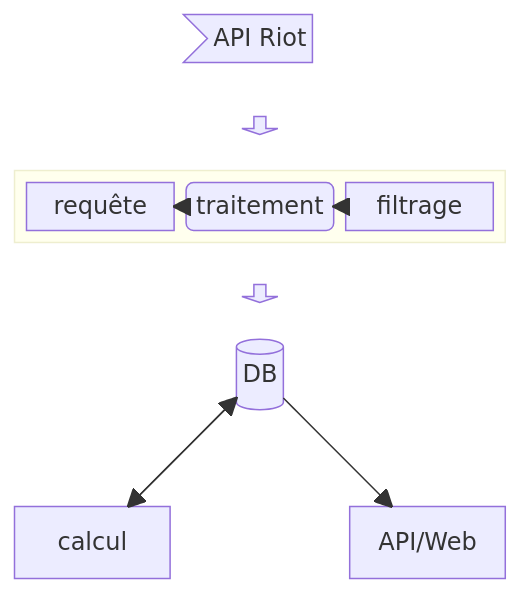
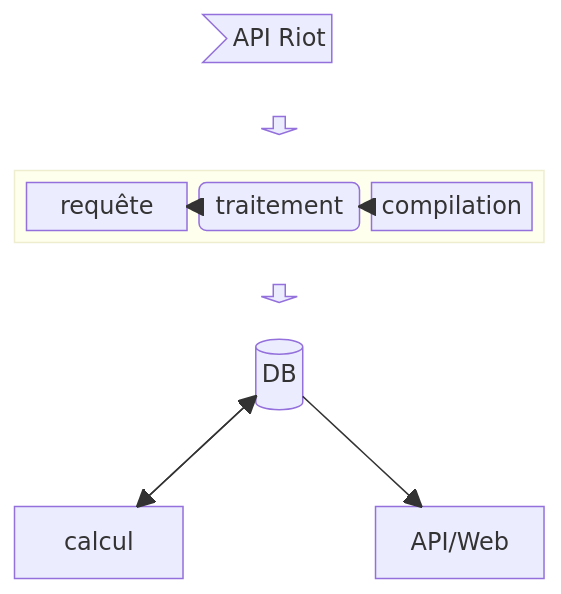
Before and after one commit to tom-favereau/ASE_Katia_Alicia_Alexandre_Tom: the diagram in README.md, drawn with Mermaid.

Commit message:
Update README.md
essai changement diagramme tom

````diff
--- a/README.md
+++ b/README.md
@@ -68,21 +68,21 @@
 ```mermaid
 block-beta
     columns 3
     doc>"API Riot"]:3
     space down1<[" "]>(down) space
 
   block:e:3
           l["requête"]
           m("traitement")
-          r["filtrage"]
+          r["compilation"]
   end
     space down2<[" "]>(down) space
     db[("DB")]:3
     space:3
     calcul space API/Web
     db --> calcul
     calcul --> db
     db --> API/Web
     m --> l 
     r --> m
 ```
````
